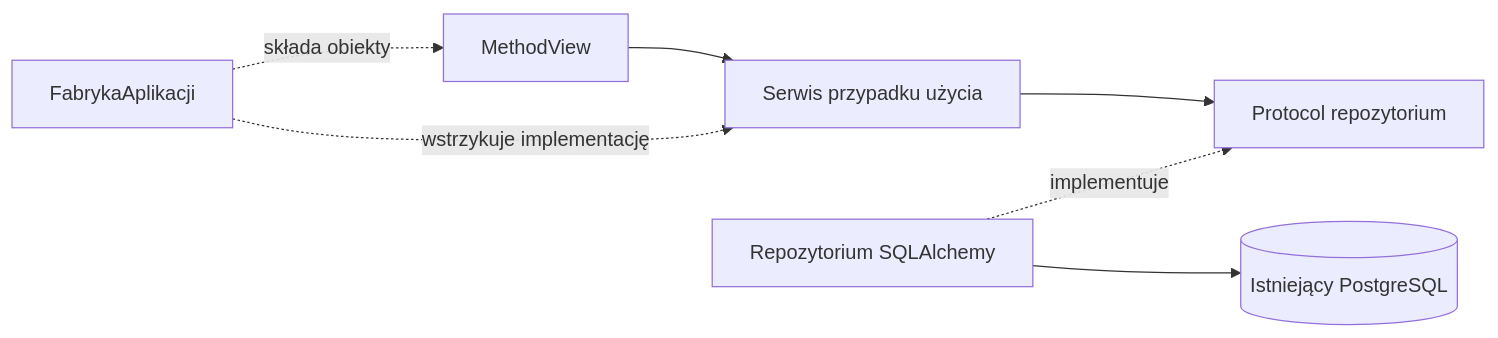
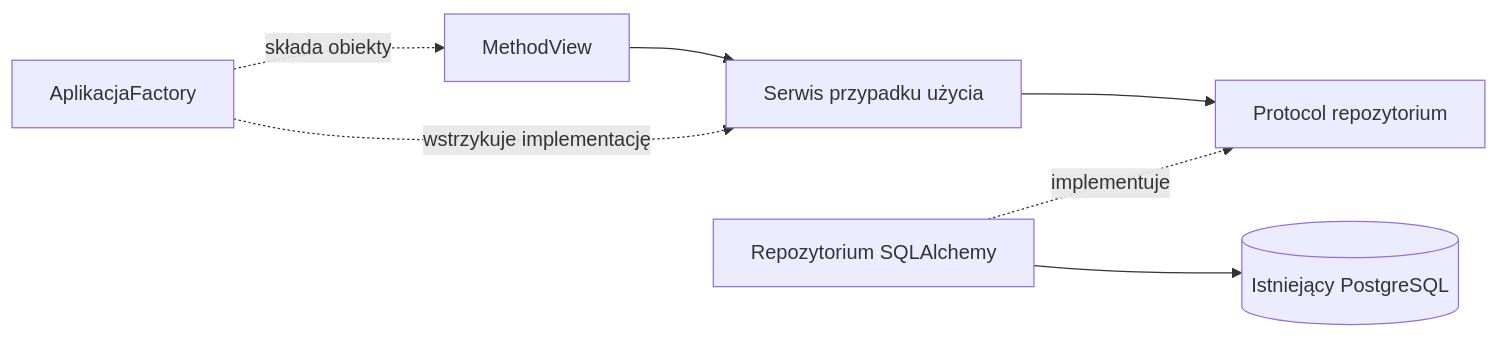
The diagram in docs/ARCHITECTURE.md (michkaminski/handaball_datascience), drawn with Mermaid before and after one commit. The commit also changed other lines of this file and 132 other files, not shown here.

````diff
--- a/docs/ARCHITECTURE.md
+++ b/docs/ARCHITECTURE.md
@@ -25,9 +25,9 @@
 ```mermaid
 flowchart LR
     V[MethodView] --> S[Serwis przypadku użycia]
     S --> P[Protocol repozytorium]
     R[Repozytorium SQLAlchemy] -. implementuje .-> P
     R --> DB[(Istniejący PostgreSQL)]
-    F[FabrykaAplikacji] -. składa obiekty .-> V
+    F[AplikacjaFactory] -. składa obiekty .-> V
     F -. wstrzykuje implementację .-> S
 ```
````
